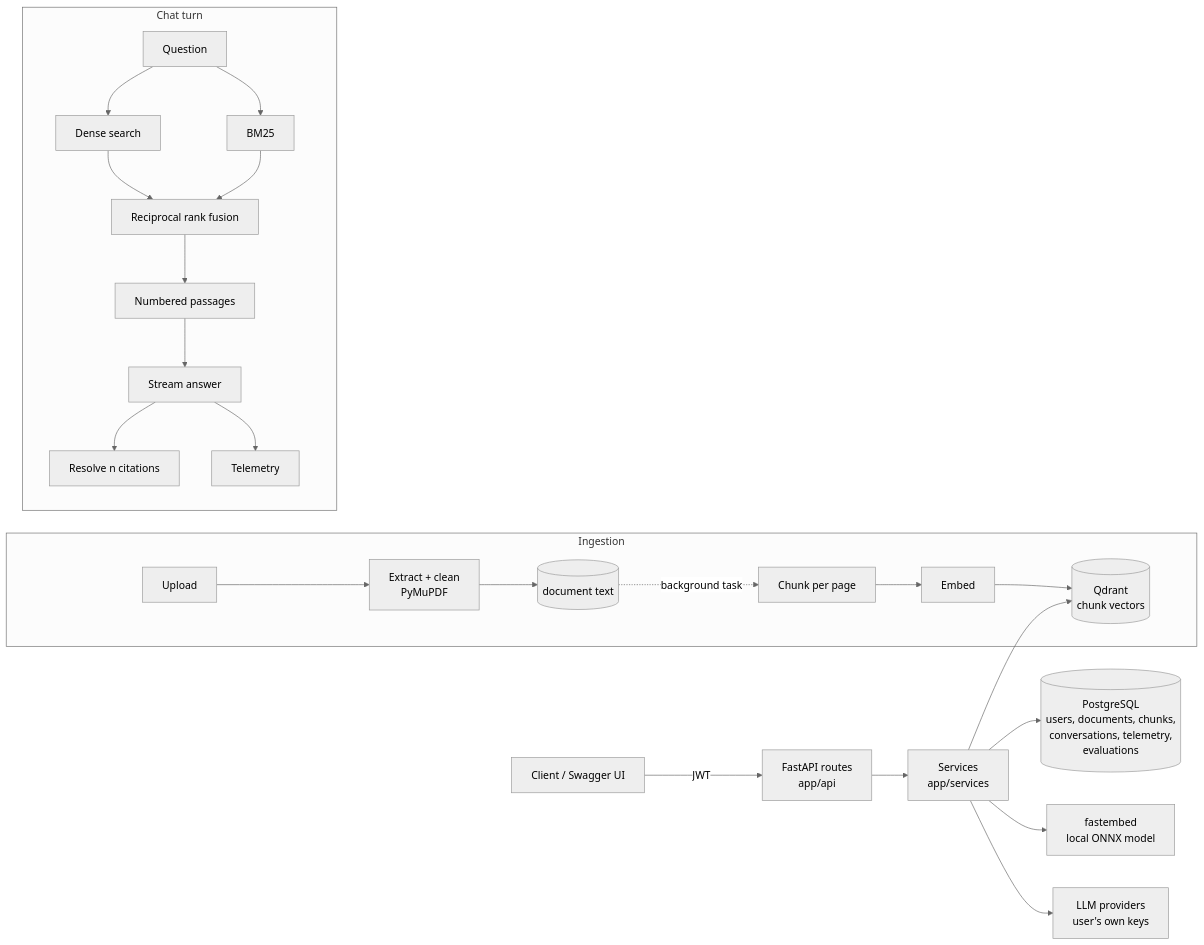
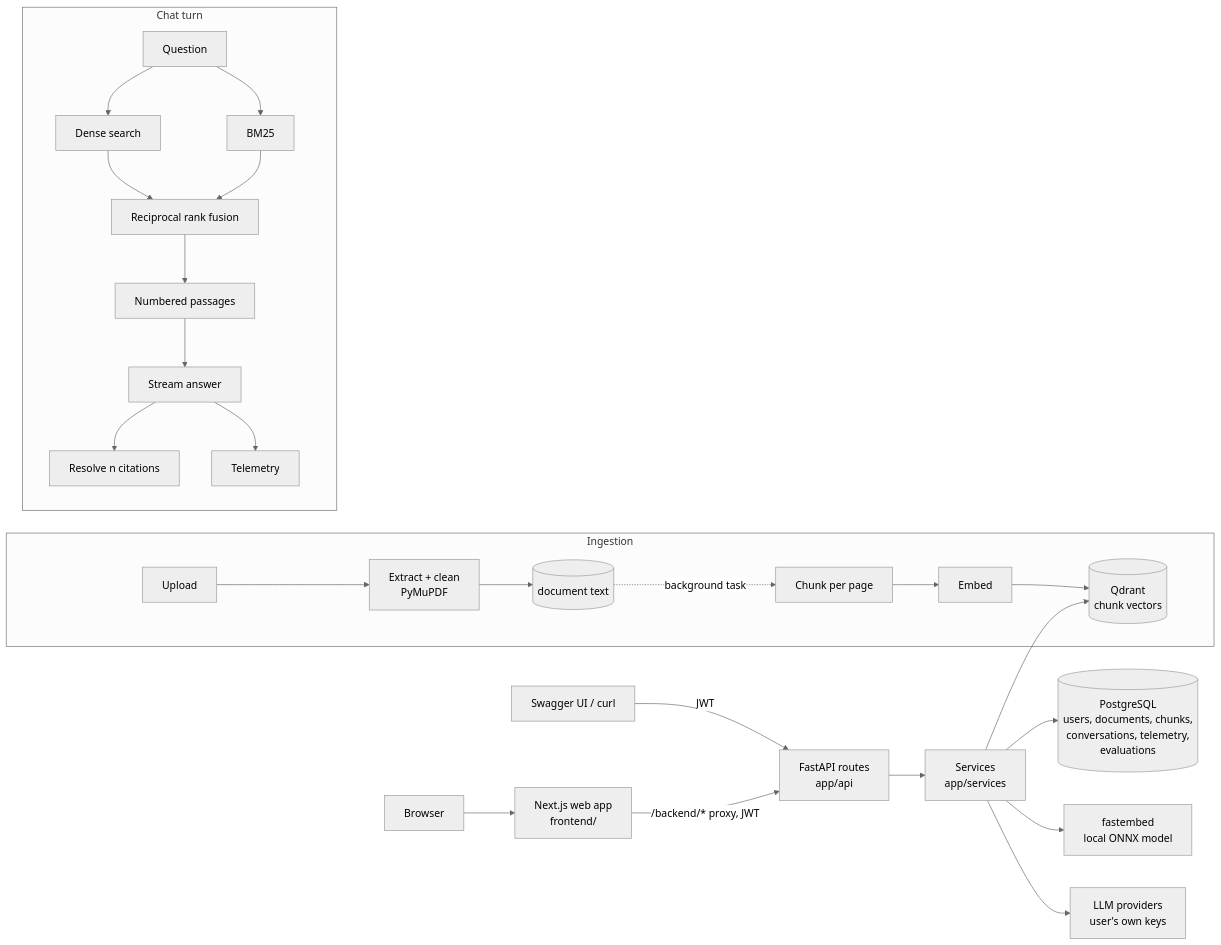
Before and after one commit to shan3520/ragleitus: the diagram in README.md, drawn with Mermaid (neutral theme). The commit also changed other lines of this file and 10 other files, not shown here.

````diff
--- a/README.md
+++ b/README.md
@@ -102,20 +120,22 @@
 ```mermaid
 flowchart LR
-    client[Client / Swagger UI] -->|JWT| api[FastAPI routes<br/>app/api]
+    browser[Browser] --> web[Next.js web app<br/>frontend/]
+    web -->|/backend/* proxy, JWT| api[FastAPI routes<br/>app/api]
+    swagger[Swagger UI / curl] -->|JWT| api
     api --> services[Services<br/>app/services]
     services --> pg[(PostgreSQL<br/>users, documents, chunks,<br/>conversations, telemetry,<br/>evaluations)]
     services --> qdrant[(Qdrant<br/>chunk vectors)]
     services --> embed[fastembed<br/>local ONNX model]
     services --> llm[LLM providers<br/>user's own keys]
 
     subgraph Ingestion
       up[Upload] --> extract[Extract + clean<br/>PyMuPDF] --> store[(document text)]
       store -. background task .-> chunk[Chunk per page] --> vec[Embed] --> qdrant
     end
 
     subgraph Chat turn
       q[Question] --> dense[Dense search] & bm25[BM25]
       dense & bm25 --> rrf[Reciprocal rank fusion] --> prompt[Numbered passages] --> gen[Stream answer] --> cite[Resolve n citations]
       gen --> tel[Telemetry]
     end
 ```
````
